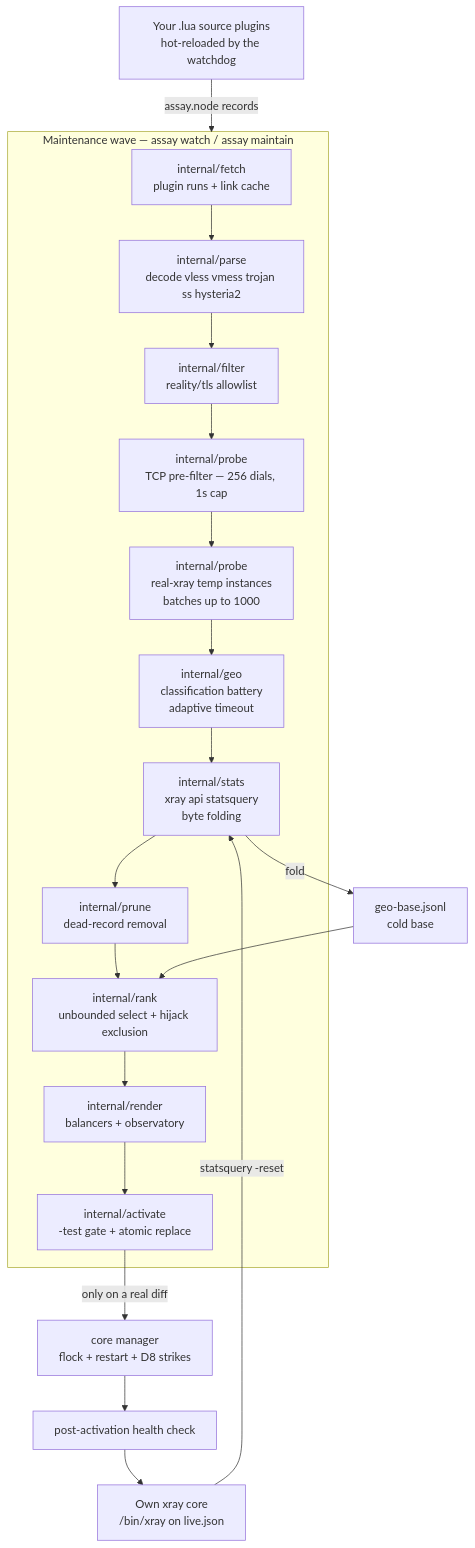
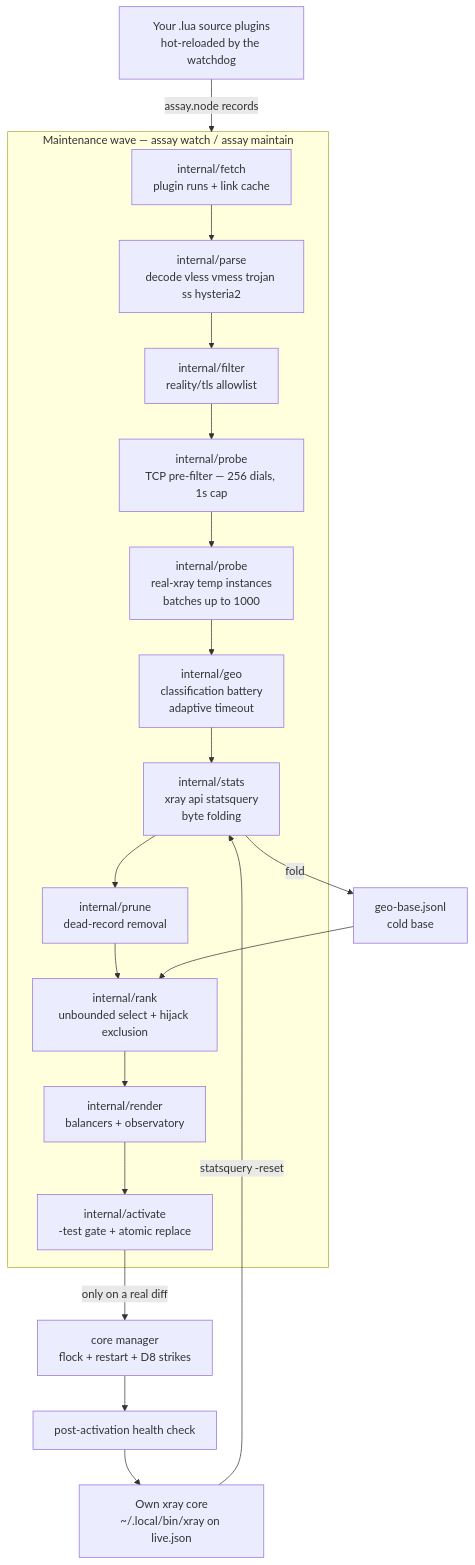
One commit to 4q4r/assay changed the diagram in README.md. Above: the diagram before and after it, drawn with Mermaid. The commit also changed other lines of this file and 28 other files, not shown here.

````diff
--- a/README.md
+++ b/README.md
@@ -51,26 +53,26 @@
 ```mermaid
 flowchart TB
     Src["Your .lua source plugins\nhot-reloaded by the watchdog"] -->|"assay.node records"| Pipeline
 
     subgraph Pipeline["Maintenance wave — assay watch / assay maintain"]
       Fetch["internal/fetch\nplugin runs + link cache"]
       Parse["internal/parse\ndecode vless vmess trojan ss hysteria2"]
       Filter["internal/filter\nreality/tls allowlist"]
       Prefilter["internal/probe\nTCP pre-filter — 256 dials, 1s cap"]
       Probe["internal/probe\nreal-xray temp instances\nbatches up to 1000"]
       Geo["internal/geo\nclassification battery\nadaptive timeout"]
       Stats["internal/stats\nxray api statsquery\nbyte folding"]
       Prune["internal/prune\ndead-record removal"]
       Rank["internal/rank\nunbounded select + hijack exclusion"]
       Render["internal/render\nbalancers + observatory"]
       Activate["internal/activate\n-test gate + atomic replace"]
       Fetch --> Parse --> Filter --> Prefilter --> Probe --> Geo --> Stats --> Prune --> Rank --> Render --> Activate
     end
 
     Activate -->|"only on a real diff"| Core["core manager\nflock + restart + D8 strikes"]
     Core --> Health["post-activation health check"]
-    Health --> Client["Own xray core\n<data>/bin/xray on live.json"]
+    Health --> Client["Own xray core\n~/.local/bin/xray on live.json"]
     Client -->|"statsquery -reset"| Stats
     Stats -->|"fold"| ColdBase["geo-base.jsonl\ncold base"]
     ColdBase --> Rank
 ```
````
